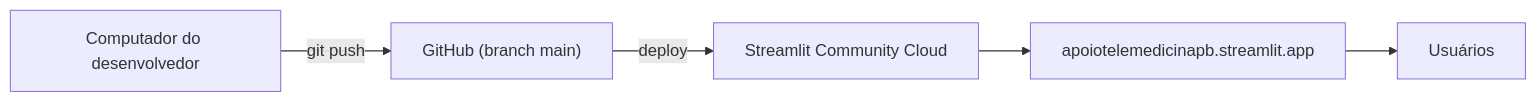
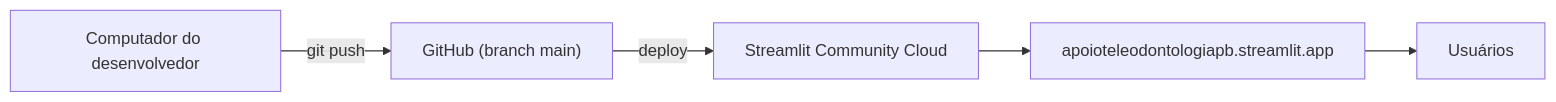
One commit to lucasmarinhoba/repositorio_telemedicina_telessaude_pb changed the first of 7 diagrams in docs/apresentacao_tecnica.md. Above: the diagram before and after it, drawn with Mermaid. The commit also changed other lines of this file and 4 other files, not shown here.

````diff
--- a/docs/apresentacao_tecnica.md
+++ b/docs/apresentacao_tecnica.md
@@ -123,7 +123,7 @@
 ```mermaid
 flowchart LR
     DEV["Computador do desenvolvedor"] -->|git push| GH["GitHub (branch main)"]
     GH -->|deploy| SC["Streamlit Community Cloud"]
-    SC --> URL["apoiotelemedicinapb.streamlit.app"]
+    SC --> URL["apoioteleodontologiapb.streamlit.app"]
     URL --> USR["Usuários"]
 ```
````
